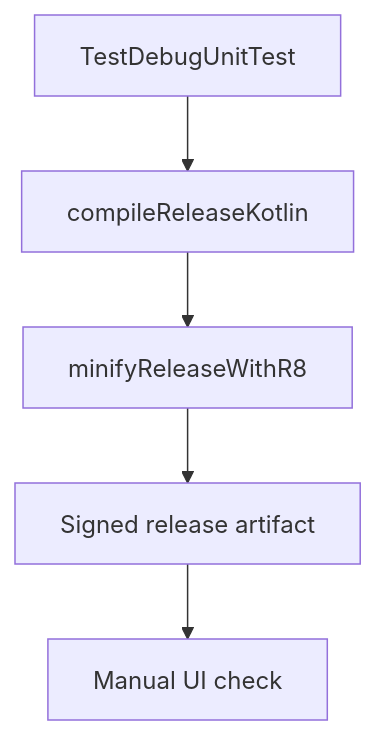
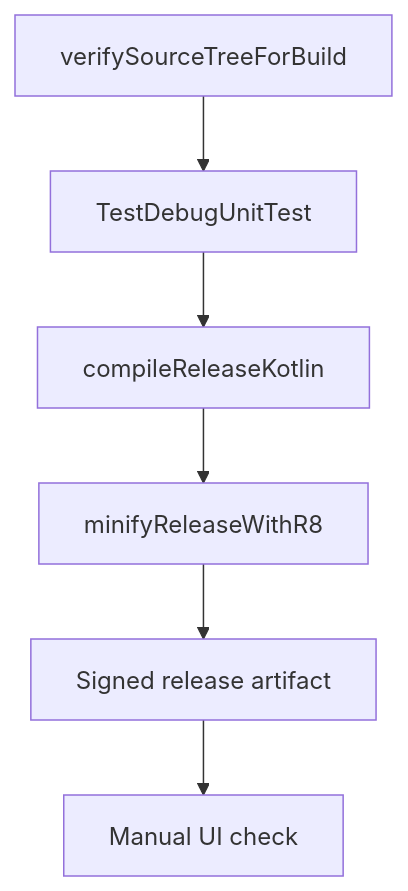
One commit to benevolentbandwidth/ultraprocessed changed the diagram in documentation/07-testing-release.md. Above: the diagram before and after it, drawn with Mermaid. The commit also changed other lines of this file and 127 other files, not shown here.

````diff
--- a/documentation/07-testing-release.md
+++ b/documentation/07-testing-release.md
@@ -66,7 +81,8 @@
 ```mermaid
 flowchart TB
-    Debug[TestDebugUnitTest] --> Release[compileReleaseKotlin]
+    Guard[verifySourceTreeForBuild] --> Debug[TestDebugUnitTest]
+    Debug --> Release[compileReleaseKotlin]
     Release --> R8[minifyReleaseWithR8]
     R8 --> Signed[Signed release artifact]
     Signed --> QA[Manual UI check]
 ```
````
